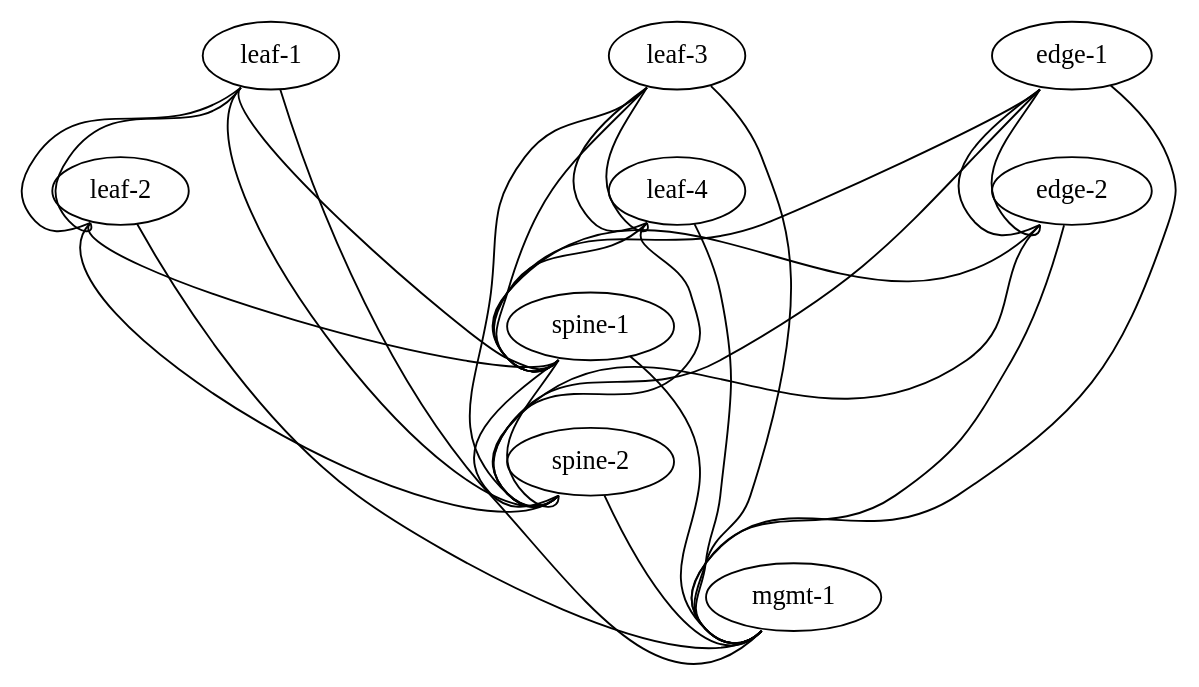
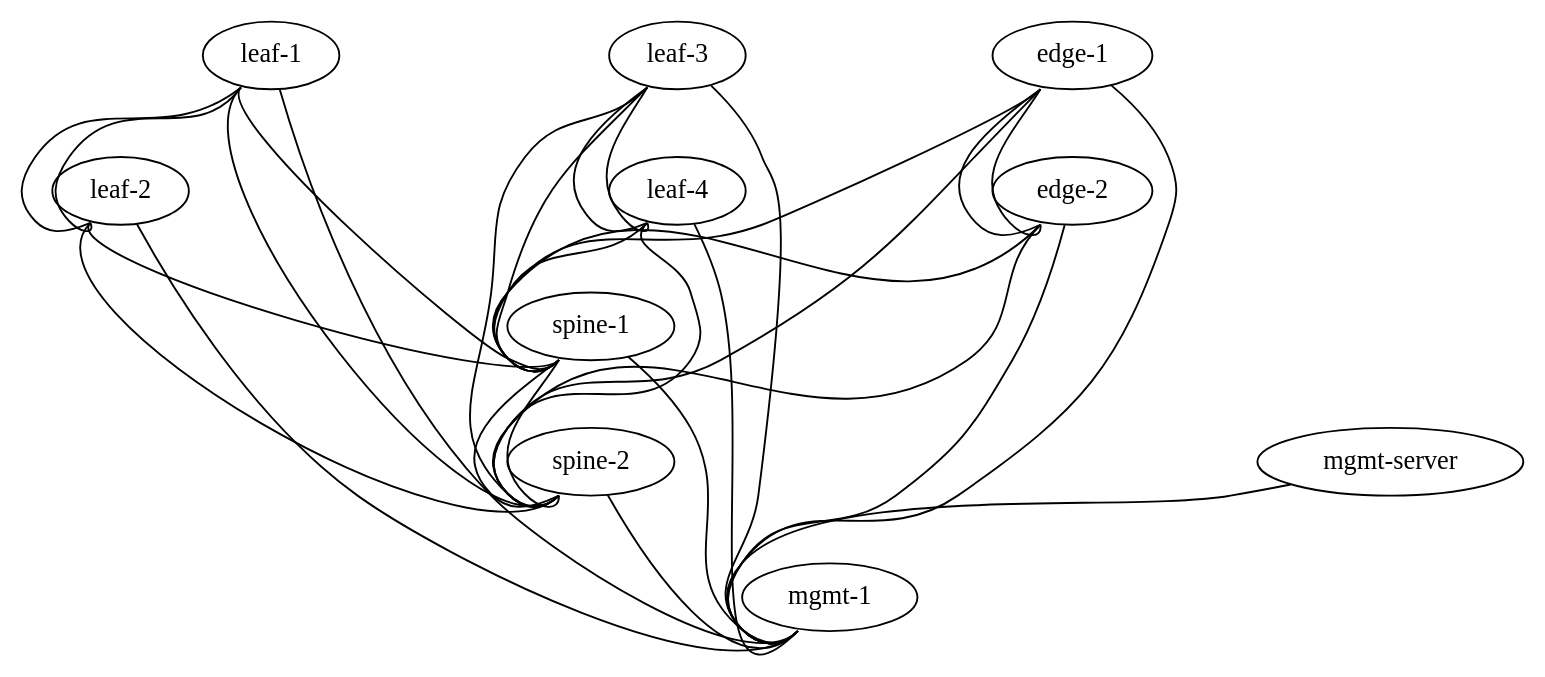
Before and after one commit to berndonline/cumulus-lab-vagrant: the diagram in topology-production.dot, drawn with Graphviz. The commit also changed 8 other files, not shown here.

```diff
--- a/topology-production.dot
+++ b/topology-production.dot
@@ -1,45 +1,48 @@
 graph vx {
- "leaf-1" [function="leaf" vagrant="eth1" as="CumulusCommunity/cumulus-vx" version="3.3.2" memory="512" config="./helper_scripts/config_vagrant_switch.sh" ]
- "leaf-2" [function="leaf" vagrant="eth1" os="CumulusCommunity/cumulus-vx" version="3.3.2" memory="512" config="./helper_scripts/config_vagrant_switch.sh" ]
- "leaf-3" [function="leaf" vagrant="eth1" os="CumulusCommunity/cumulus-vx" version="3.3.2" memory="512" config="./helper_scripts/config_vagrant_switch.sh" ]
- "leaf-4" [function="leaf" vagrant="eth1" os="CumulusCommunity/cumulus-vx" version="3.3.2" memory="512" config="./helper_scripts/config_vagrant_switch.sh" ]
- "spine-1" [function="spine" vagrant="eth1" os="CumulusCommunity/cumulus-vx" version="3.3.2" memory="512" config="./helper_scripts/config_vagrant_switch.sh" ]
- "spine-2" [function="spine" vagrant="eth1" os="CumulusCommunity/cumulus-vx" version="3.3.2" memory="512" config="./helper_scripts/config_vagrant_switch.sh" ]
- "edge-1" [function="edge" vagrant="eth1" os="CumulusCommunity/cumulus-vx" version="3.3.2" memory="512" config="./helper_scripts/config_vagrant_switch.sh" ]
- "edge-2" [function="edge" vagrant="eth1" os="CumulusCommunity/cumulus-vx" version="3.3.2" memory="512" config="./helper_scripts/config_vagrant_switch.sh" ]
- "mgmt-1" [function="mgmt" vagrant="eth1" os="CumulusCommunity/cumulus-vx" version="3.3.2" memory="512" config="./helper_scripts/config_mgmt_vagrant_switch.sh" ]
+ "leaf-1" [function="leaf" vagrant="eth1" as="CumulusCommunity/cumulus-vx" version="3.3.2" memory="512" config="./helper_scripts/config_production_switch.sh" ]
+ "leaf-2" [function="leaf" vagrant="eth1" os="CumulusCommunity/cumulus-vx" version="3.3.2" memory="512" config="./helper_scripts/config_production_switch.sh" ]
+ "leaf-3" [function="leaf" vagrant="eth1" os="CumulusCommunity/cumulus-vx" version="3.3.2" memory="512" config="./helper_scripts/config_production_switch.sh" ]
+ "leaf-4" [function="leaf" vagrant="eth1" os="CumulusCommunity/cumulus-vx" version="3.3.2" memory="512" config="./helper_scripts/config_production_switch.sh" ]
+ "spine-1" [function="spine" vagrant="eth1" os="CumulusCommunity/cumulus-vx" version="3.3.2" memory="512" config="./helper_scripts/config_production_switch.sh" ]
+ "spine-2" [function="spine" vagrant="eth1" os="CumulusCommunity/cumulus-vx" version="3.3.2" memory="512" config="./helper_scripts/config_production_switch.sh" ]
+ "edge-1" [function="edge" vagrant="eth1" os="CumulusCommunity/cumulus-vx" version="3.3.2" memory="512" config="./helper_scripts/config_production_switch.sh" ]
+ "edge-2" [function="edge" vagrant="eth1" os="CumulusCommunity/cumulus-vx" version="3.3.2" memory="512" config="./helper_scripts/config_production_switch.sh" ]
+ "mgmt-1" [function="mgmt" vagrant="eth1" os="CumulusCommunity/cumulus-vx" version="3.3.2" memory="512" config="./helper_scripts/config_mgmt_production_switch.sh" ]
+ "mgmt-server" [function="mgmt-server" vagrant="eth0" os="cumulus/ts" memory="1024" config="./helper_scripts/config_mgmt_production_server.sh" ]
+
 
  "leaf-1":"swp51" -- "spine-1":"swp1"
  "leaf-2":"swp51" -- "spine-1":"swp2"
  "leaf-3":"swp51" -- "spine-1":"swp3"
  "leaf-4":"swp51" -- "spine-1":"swp4"
  "leaf-1":"swp52" -- "spine-2":"swp1"
  "leaf-2":"swp52" -- "spine-2":"swp2"
  "leaf-3":"swp52" -- "spine-2":"swp3"
  "leaf-4":"swp52" -- "spine-2":"swp4"
 
  "leaf-1":"swp53" -- "leaf-2":"swp53"
  "leaf-1":"swp54" -- "leaf-2":"swp54"
  "leaf-3":"swp53" -- "leaf-4":"swp53"
  "leaf-3":"swp54" -- "leaf-4":"swp54"
 
  "spine-1":"swp53" -- "spine-2":"swp53"
  "spine-1":"swp54" -- "spine-2":"swp54"
  "edge-1":"swp53" -- "edge-2":"swp53"
  "edge-1":"swp54" -- "edge-2":"swp54"
 
  "edge-1":"swp51" -- "spine-1":"swp51"
  "edge-1":"swp52" -- "spine-2":"swp51"
  "edge-2":"swp51" -- "spine-1":"swp52"
  "edge-2":"swp52" -- "spine-2":"swp52"
 
 
  "leaf-1":"eth0" -- "mgmt-1":"swp1" [left_mac="a0:00:00:00:00:11"]
  "leaf-2":"eth0" -- "mgmt-1":"swp2" [left_mac="a0:00:00:00:00:12"]
  "leaf-3":"eth0" -- "mgmt-1":"swp3" [left_mac="a0:00:00:00:00:13"]
  "leaf-4":"eth0" -- "mgmt-1":"swp4" [left_mac="a0:00:00:00:00:14"]
  "spine-1":"eth0" -- "mgmt-1":"swp7" [left_mac="a0:00:00:00:00:21"]
  "spine-2":"eth0" -- "mgmt-1":"swp8" [left_mac="a0:00:00:00:00:22"]
  "edge-1":"eth0" -- "mgmt-1":"swp5" [left_mac="a0:00:00:00:00:41"]
  "edge-2":"eth0" -- "mgmt-1":"swp6" [left_mac="a0:00:00:00:00:42"]
+ "mgmt-server":"eth1" -- "mgmt-1":"swp9" [right_mac="a0:00:00:00:00:61"]
 }
```
